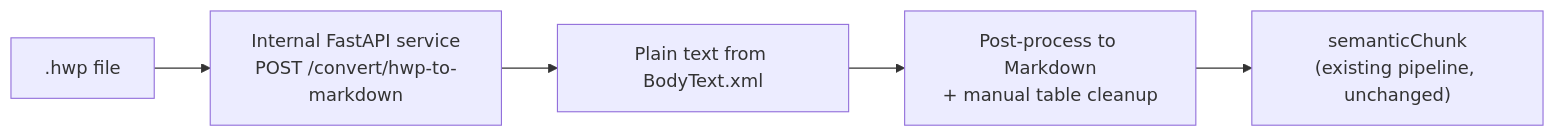
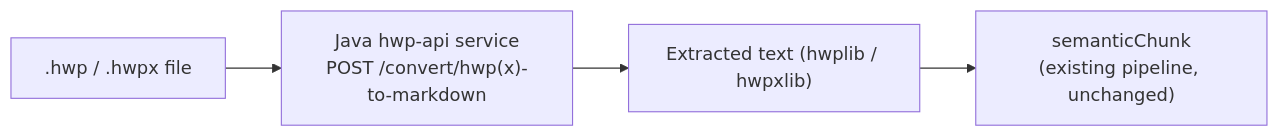
The fourth of 4 diagrams in docs/requirements/khba-rag-document-requirements_en.md (johnrey-wsoft/khba-assistant), drawn with Mermaid before and after one commit. The commit also changed other lines of this file and 3 other files, not shown here.

First line of the commit message:
docs: reflect the Java hwp-api toolchain (supersede pyhwp)

````diff
--- a/docs/requirements/khba-rag-document-requirements_en.md
+++ b/docs/requirements/khba-rag-document-requirements_en.md
@@ -193,7 +205,6 @@
 ```mermaid
 flowchart LR
-    HWP[.hwp file] --> API["Internal FastAPI service<br/>POST /convert/hwp-to-markdown"]
-    API --> OUT["Plain text from BodyText.xml"]
-    OUT --> POST["Post-process to Markdown<br/>+ manual table cleanup"]
-    POST --> CHUNK["semanticChunk<br/>(existing pipeline, unchanged)"]
+    HWP[".hwp / .hwpx file"] --> API["Java hwp-api service<br/>POST /convert/hwp(x)-to-markdown"]
+    API --> OUT["Extracted text (hwplib / hwpxlib)"]
+    OUT --> CHUNK["semanticChunk<br/>(existing pipeline, unchanged)"]
 ```
````
